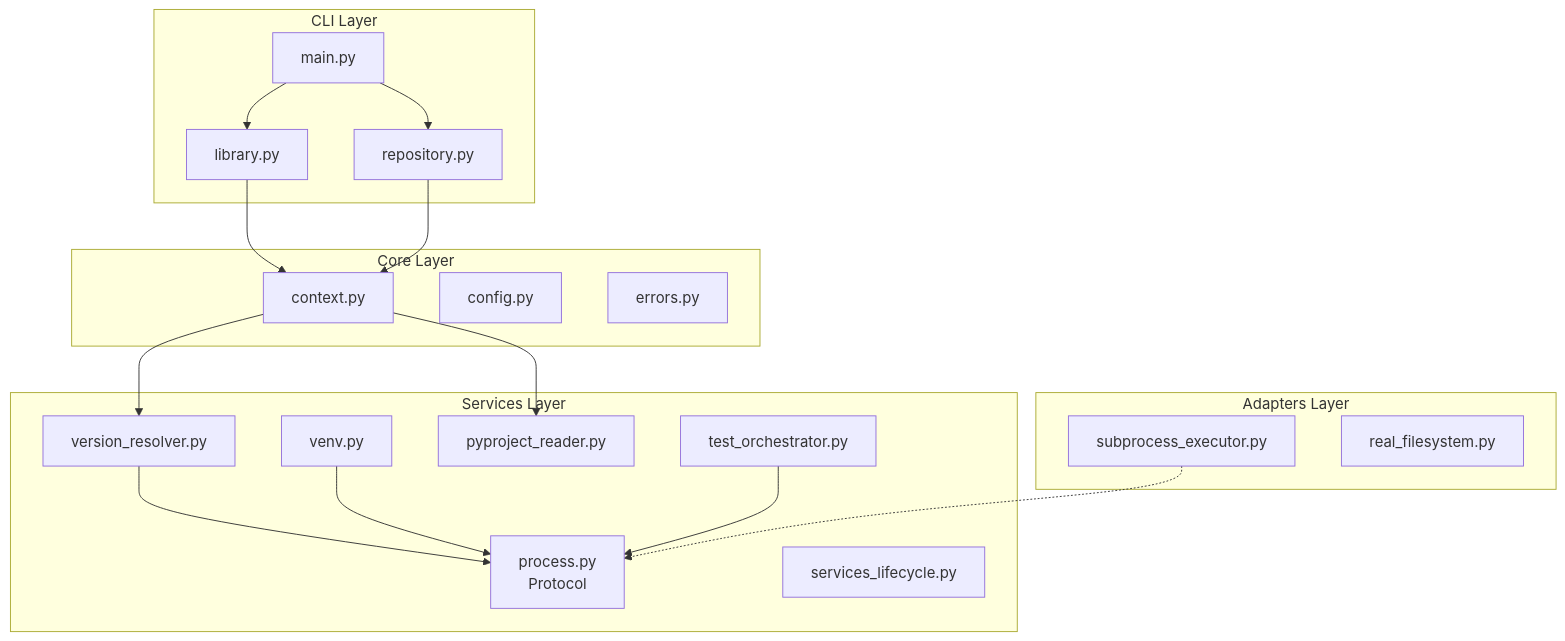
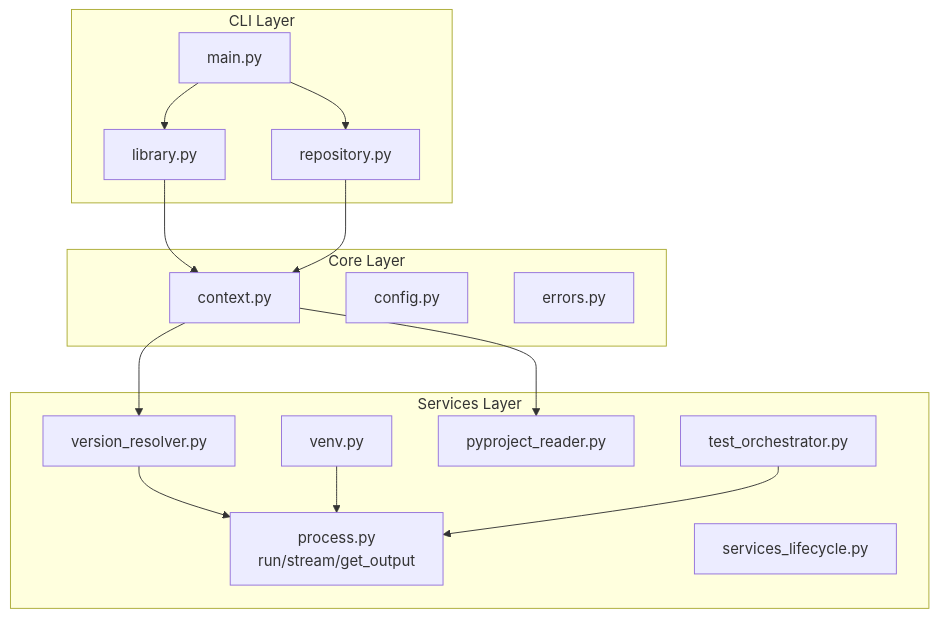
Before and after one commit to oarepo/oarepo-cli: the diagram in docs/architecture/README.md, drawn with Mermaid. The commit also changed other lines of this file and 5 other files, not shown here.

Commit message:
process executor spec

````diff
--- a/docs/architecture/README.md
+++ b/docs/architecture/README.md
@@ -80,39 +78,33 @@
 ```mermaid
 graph TB
     subgraph "CLI Layer"
         MAIN[main.py]
         LIB[library.py]
         REP[repository.py]
     end
 
     subgraph "Core Layer"
         CTX[context.py]
         CFG[config.py]
         ERR[errors.py]
     end
 
     subgraph "Services Layer"
-        PROC[process.py<br/>Protocol]
+        PROC[process.py<br/>run/stream/get_output]
         VENV[venv.py]
         VER[version_resolver.py]
         TOML[pyproject_reader.py]
         SVC[services_lifecycle.py]
         TEST[test_orchestrator.py]
-    end
-
-    subgraph "Adapters Layer"
-        SUB[subprocess_executor.py]
-        FS[real_filesystem.py]
     end
 
     MAIN --> LIB
     MAIN --> REP
     LIB --> CTX
     REP --> CTX
     CTX --> TOML
     CTX --> VER
     VER --> PROC
     VENV --> PROC
     TEST --> PROC
-    SUB -.-> PROC
 ```
````
